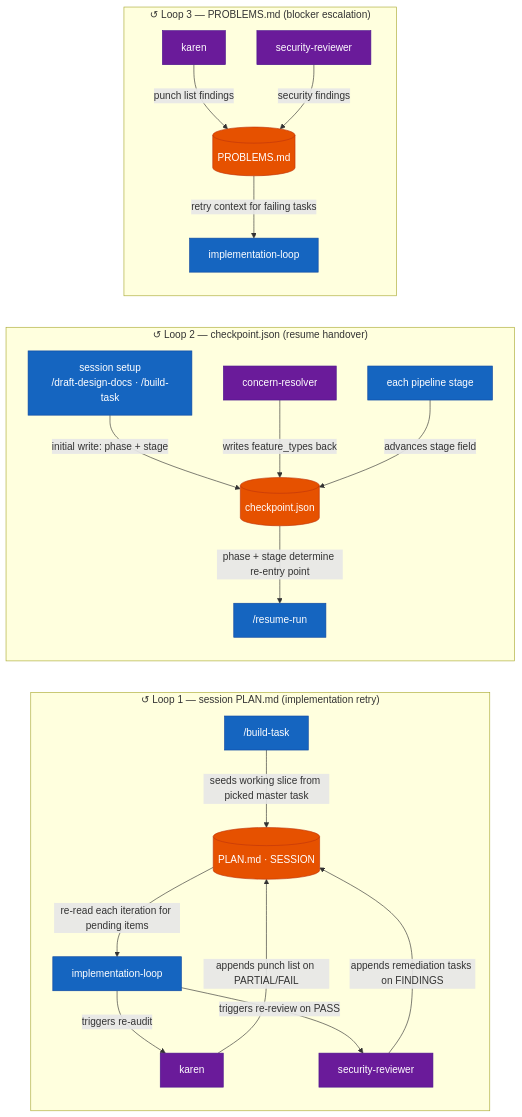
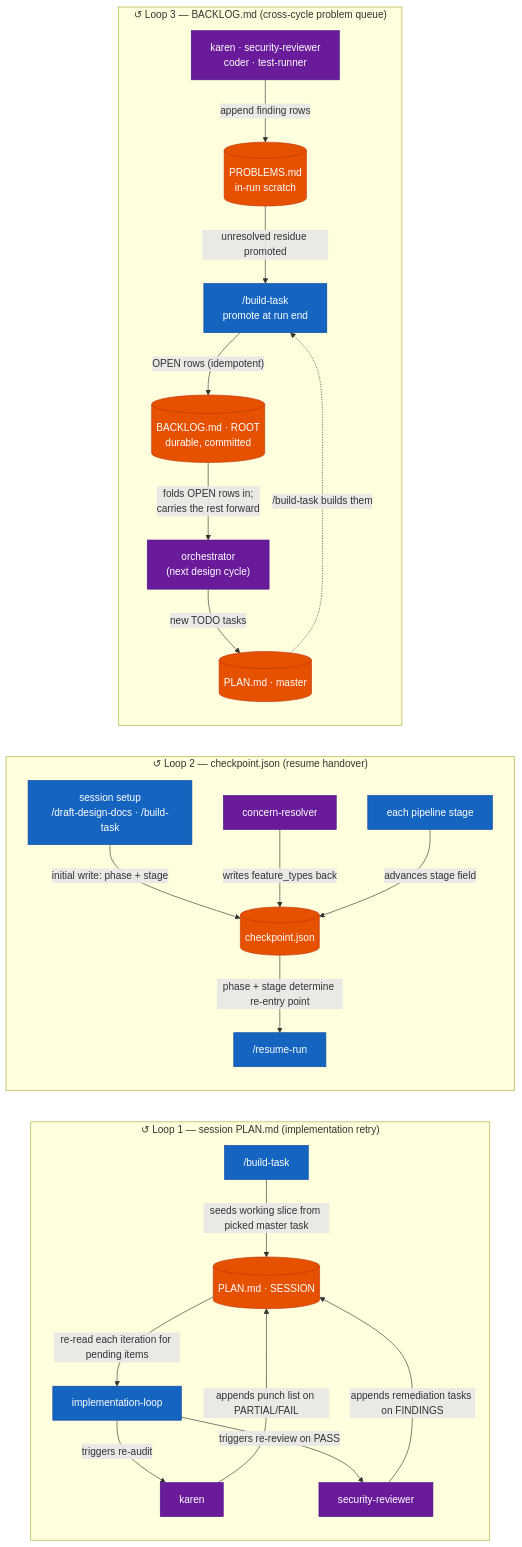
The second of 2 diagrams in docs/ARTIFACT_MAP.md (THISBROJJ/EFF-IT), drawn with Mermaid before and after one commit. The commit also changed other lines of this file and 15 other files, not shown here.

First line of the commit message:
feat(pipeline): close the problem-feedback loop with a durable BACKLOG.md

````diff
--- a/docs/ARTIFACT_MAP.md
+++ b/docs/ARTIFACT_MAP.md
@@ -153,48 +161,53 @@
 ```mermaid
 flowchart LR
     classDef loop  fill:#E65100,stroke:#BF360C,color:#fff
     classDef agent fill:#6A1B9A,stroke:#4A148C,color:#fff
     classDef cmd   fill:#1565C0,stroke:#0D47A1,color:#fff
 
     subgraph LOOP1 ["↺ Loop 1 — session PLAN.md (implementation retry)"]
         direction TB
         FASTLANE1["/build-task"]:::cmd
         SPLAN1[("PLAN.md · SESSION")]:::loop
         KAREN1["karen"]:::agent
         SECRV1["security-reviewer"]:::agent
         IMPL1["implementation-loop"]:::cmd
 
         FASTLANE1 -->|"seeds working slice from picked master task"| SPLAN1
         KAREN1    -->|"appends punch list on PARTIAL/FAIL"| SPLAN1
         SECRV1    -->|"appends remediation tasks on FINDINGS"| SPLAN1
         SPLAN1    -->|"re-read each iteration for pending items"| IMPL1
         IMPL1     -->|"triggers re-audit"| KAREN1
         IMPL1     -->|"triggers re-review on PASS"| SECRV1
     end
 
     subgraph LOOP2 ["↺ Loop 2 — checkpoint.json (resume handover)"]
         direction TB
         SESSION2["session setup\n/draft-design-docs · /build-task"]:::cmd
         CHK2[("checkpoint.json")]:::loop
         CONCERN2["concern-resolver"]:::agent
         STAGE2["each pipeline stage"]:::cmd
         RESUME2["/resume-run"]:::cmd
 
         SESSION2  -->|"initial write: phase + stage"| CHK2
         CONCERN2  -->|"writes feature_types back"| CHK2
         STAGE2    -->|"advances stage field"| CHK2
         CHK2      -->|"phase + stage determine re-entry point"| RESUME2
     end
 
-    subgraph LOOP3 ["↺ Loop 3 — PROBLEMS.md (blocker escalation)"]
+    subgraph LOOP3 ["↺ Loop 3 — BACKLOG.md (cross-cycle problem queue)"]
         direction TB
-        KAREN3["karen"]:::agent
-        SECRV3["security-reviewer"]:::agent
-        PROB3[("PROBLEMS.md")]:::loop
-        IMPL3["implementation-loop"]:::cmd
+        WRITERS3["karen · security-reviewer\ncoder · test-runner"]:::agent
+        PROB3[("PROBLEMS.md\nin-run scratch")]:::loop
+        FASTLANE3["/build-task\npromote at run end"]:::cmd
+        BACKLOG3[("BACKLOG.md · ROOT\ndurable, committed")]:::loop
+        ORCH3["orchestrator\n(next design cycle)"]:::agent
+        MPLAN3[("PLAN.md · master")]:::loop
 
-        KAREN3 -->|"punch list findings"| PROB3
-        SECRV3 -->|"security findings"| PROB3
-        PROB3  -->|"retry context for failing tasks"| IMPL3
+        WRITERS3 -->|"append finding rows"| PROB3
+        PROB3    -->|"unresolved residue promoted"| FASTLANE3
+        FASTLANE3 -->|"OPEN rows (idempotent)"| BACKLOG3
+        BACKLOG3 -->|"folds OPEN rows in;\ncarries the rest forward"| ORCH3
+        ORCH3    -->|"new TODO tasks"| MPLAN3
+        MPLAN3   -.->|"/build-task builds them"| FASTLANE3
     end
 ```
````
